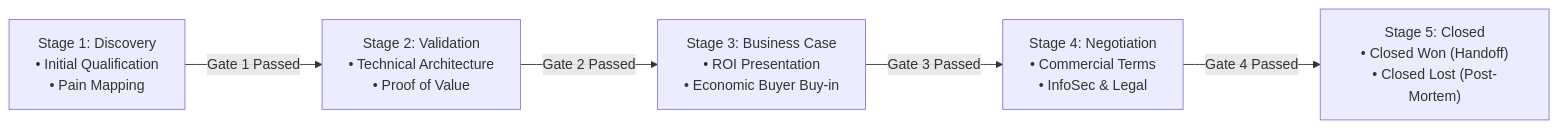
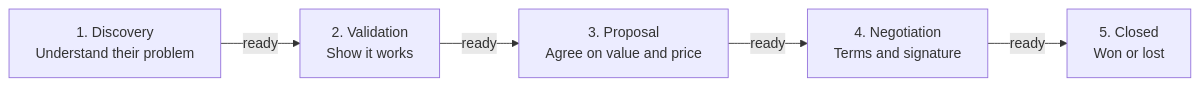
Before and after one commit to CarlosLeonCode/clc-copilot-brain: the diagram in templates/areas/sales/stages/pipeline-stages.md, drawn with Mermaid. The commit also changed other lines of this file and 20 other files, not shown here.

````diff
--- a/templates/areas/sales/stages/pipeline-stages.md
+++ b/templates/areas/sales/stages/pipeline-stages.md
@@ -9,7 +9,7 @@
 ```mermaid
 flowchart LR
-    S1["Stage 1: Discovery<br>• Initial Qualification<br>• Pain Mapping"] -->|"Gate 1 Passed"| S2["Stage 2: Validation<br>• Technical Architecture<br>• Proof of Value"]
-    S2 -->|"Gate 2 Passed"| S3["Stage 3: Business Case<br>• ROI Presentation<br>• Economic Buyer Buy-in"]
-    S3 -->|"Gate 3 Passed"| S4["Stage 4: Negotiation<br>• Commercial Terms<br>• InfoSec & Legal"]
-    S4 -->|"Gate 4 Passed"| S5["Stage 5: Closed<br>• Closed Won (Handoff)<br>• Closed Lost (Post-Mortem)"]
+    S1["1. Discovery<br>Understand their problem"] -->|"ready"| S2["2. Validation<br>Show it works"]
+    S2 -->|"ready"| S3["3. Proposal<br>Agree on value and price"]
+    S3 -->|"ready"| S4["4. Negotiation<br>Terms and signature"]
+    S4 -->|"ready"| S5["5. Closed<br>Won or lost"]
 ```
````
